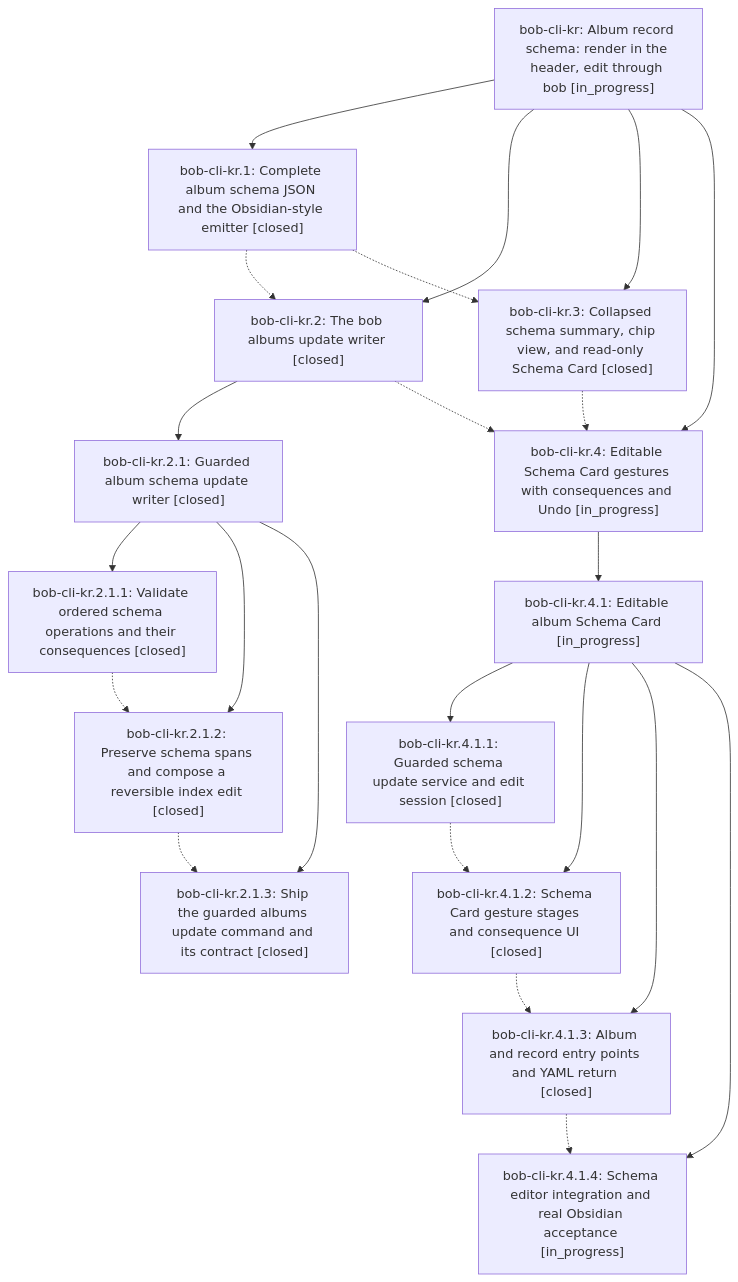
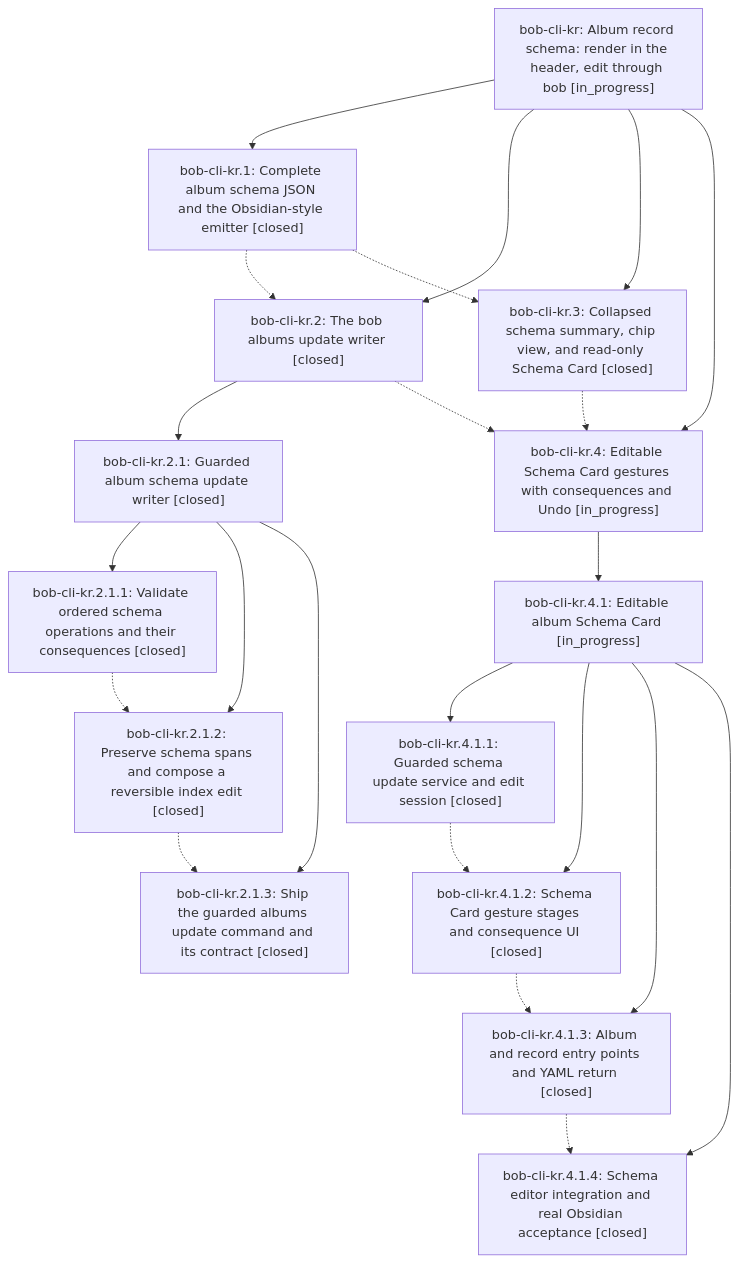
Before and after one commit to bobs-org/bob-cli--beads: the diagram in pages/bob-cli-kr/README.md, drawn with Mermaid. The commit also changed other lines of this file and 2 other files, not shown here.

First line of the commit message:
chore(beads): sync bead state and pages for bob-cli-kr

````diff
--- a/pages/bob-cli-kr/README.md
+++ b/pages/bob-cli-kr/README.md
@@ -50,39 +50,39 @@
 ```mermaid
 flowchart TD
     n0["bob-cli-kr: Album record schema: render in the header, edit through bob [in_progress]"]
     n1["bob-cli-kr.1: Complete album schema JSON and the Obsidian-style emitter [closed]"]
     n2["bob-cli-kr.2: The bob albums update writer [closed]"]
     n3["bob-cli-kr.2.1: Guarded album schema update writer [closed]"]
     n4["bob-cli-kr.2.1.1: Validate ordered schema operations and their consequences [closed]"]
     n5["bob-cli-kr.2.1.2: Preserve schema spans and compose a reversible index edit [closed]"]
     n6["bob-cli-kr.2.1.3: Ship the guarded albums update command and its contract [closed]"]
     n7["bob-cli-kr.3: Collapsed schema summary, chip view, and read-only Schema Card [closed]"]
     n8["bob-cli-kr.4: Editable Schema Card gestures with consequences and Undo [in_progress]"]
     n9["bob-cli-kr.4.1: Editable album Schema Card [in_progress]"]
     n10["bob-cli-kr.4.1.1: Guarded schema update service and edit session [closed]"]
     n11["bob-cli-kr.4.1.2: Schema Card gesture stages and consequence UI [closed]"]
     n12["bob-cli-kr.4.1.3: Album and record entry points and YAML return [closed]"]
-    n13["bob-cli-kr.4.1.4: Schema editor integration and real Obsidian acceptance [in_progress]"]
+    n13["bob-cli-kr.4.1.4: Schema editor integration and real Obsidian acceptance [closed]"]
     n0 --> n1
     n0 --> n2
     n2 --> n3
     n3 --> n4
     n3 --> n5
     n3 --> n6
     n0 --> n7
     n0 --> n8
     n8 --> n9
     n9 --> n10
     n9 --> n11
     n9 --> n12
     n9 --> n13
     n1 -.-> n2
     n1 -.-> n7
     n2 -.-> n8
     n4 -.-> n5
     n5 -.-> n6
     n7 -.-> n8
     n10 -.-> n11
     n11 -.-> n12
     n12 -.-> n13
 ```
````
